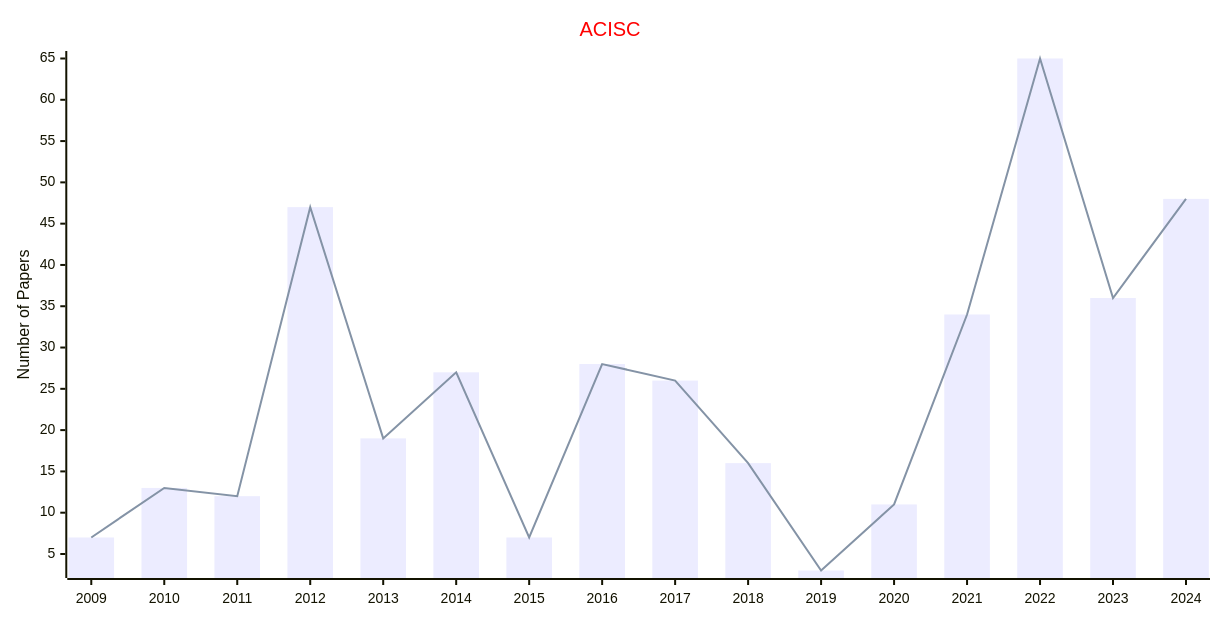
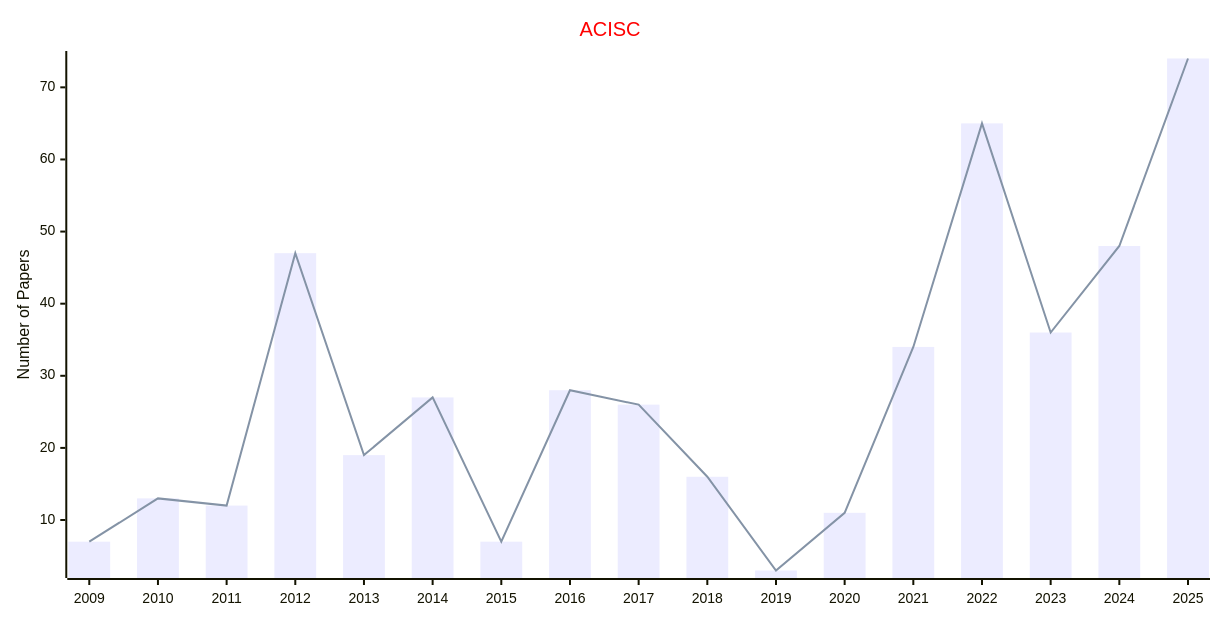
Before and after one commit to Easy-PhD/AILinks: diagram 21 of 27 in docs/data/Journals/Statistics_Journals/Artificial_Intelligence.md, drawn with Mermaid. The commit also changed other lines of this file and 107 other files, not shown here.

````diff
--- a/docs/data/Journals/Statistics_Journals/Artificial_Intelligence.md
+++ b/docs/data/Journals/Statistics_Journals/Artificial_Intelligence.md
@@ -489,17 +489,17 @@
 ```mermaid
 ---
 config:
     xyChart:
         width: 1200
         height: 600
     themeVariables:
         xyChart:
             titleColor: "#ff0000"
 ---
 xychart-beta
     title "ACISC"
-    x-axis [2009, 2010, 2011, 2012, 2013, 2014, 2015, 2016, 2017, 2018, 2019, 2020, 2021, 2022, 2023, 2024]
+    x-axis [2009, 2010, 2011, 2012, 2013, 2014, 2015, 2016, 2017, 2018, 2019, 2020, 2021, 2022, 2023, 2024, 2025]
     y-axis "Number of Papers"
-    bar [7, 13, 12, 47, 19, 27, 7, 28, 26, 16, 3, 11, 34, 65, 36, 48]
-    line [7, 13, 12, 47, 19, 27, 7, 28, 26, 16, 3, 11, 34, 65, 36, 48]
+    bar [7, 13, 12, 47, 19, 27, 7, 28, 26, 16, 3, 11, 34, 65, 36, 48, 74]
+    line [7, 13, 12, 47, 19, 27, 7, 28, 26, 16, 3, 11, 34, 65, 36, 48, 74]
 ```
````
